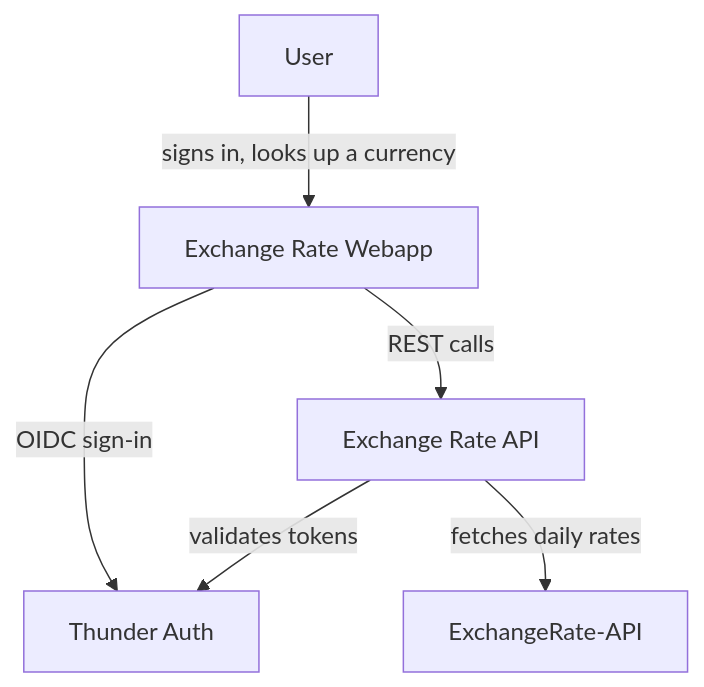
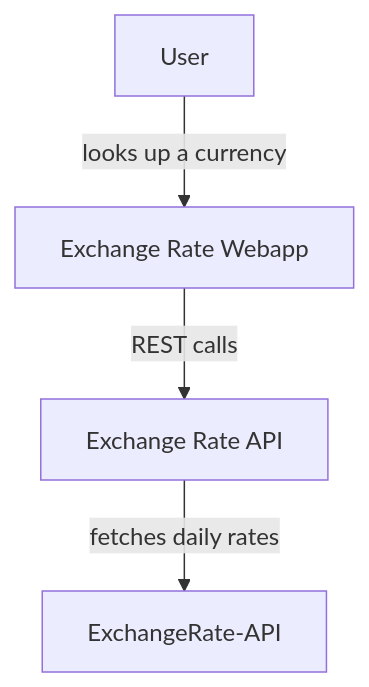
Before and after one commit to app-factory-kaj/webapp-shows-exchange-1: the first of 3 diagrams in specs/design/design.md, drawn with Mermaid. The commit also changed other lines of this file and 7 other files, not shown here.

````diff
--- a/specs/design/design.md
+++ b/specs/design/design.md
@@ -9,14 +9,11 @@
 ```mermaid
 graph TD
     User[User]
     Webapp[Exchange Rate Webapp]
     API[Exchange Rate API]
-    Thunder[Thunder Auth]
     Provider[ExchangeRate-API]
 
-    User -->|signs in, looks up a currency| Webapp
+    User -->|looks up a currency| Webapp
     Webapp -->|REST calls| API
-    Webapp -->|OIDC sign-in| Thunder
-    API -->|validates tokens| Thunder
     API -->|fetches daily rates| Provider
 ```
````
